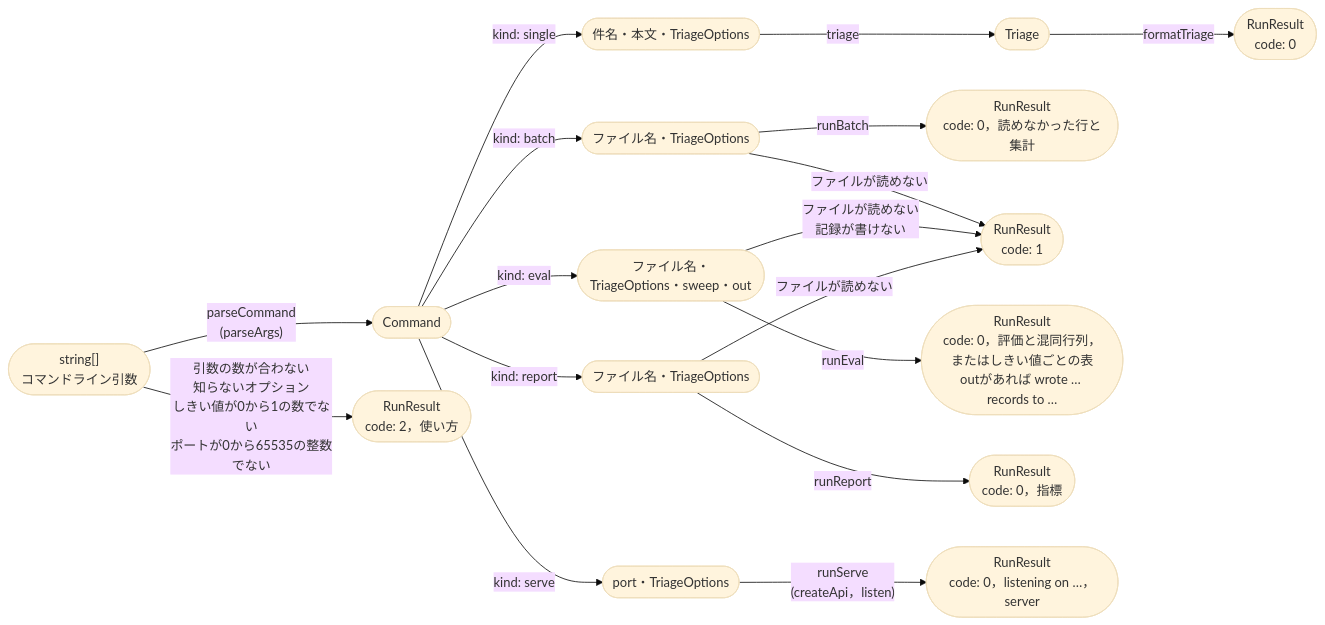
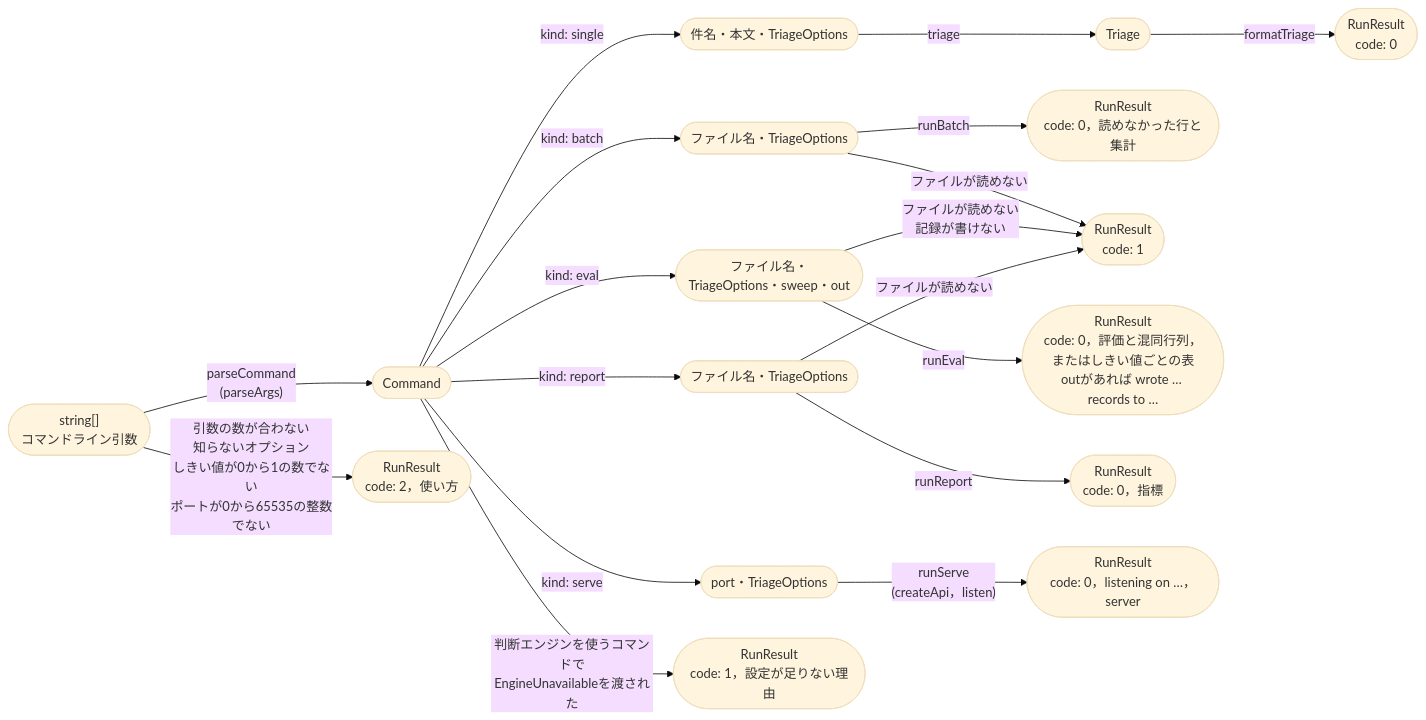
Before and after one commit to enunun/systemone-handson: the second of 9 diagrams in iterations/iteration-9/solution/design/04-code.md, drawn with Mermaid (base theme). The commit also changed other lines of this file and 55 other files, not shown here.

````diff
--- a/iterations/iteration-9/solution/design/04-code.md
+++ b/iterations/iteration-9/solution/design/04-code.md
@@ -24,19 +26,20 @@
 ```mermaid
 flowchart LR
   args(["string[]<br/>コマンドライン引数"]) -- "parseCommand<br/>(parseArgs)" --> command(["Command"])
   command -- "kind: single" --> single(["件名・本文・TriageOptions"])
   single -- "triage" --> result(["Triage"])
   result -- "formatTriage" --> output(["RunResult<br/>code: 0"])
   command -- "kind: batch" --> batch(["ファイル名・TriageOptions"])
   batch -- "runBatch" --> batchOutput(["RunResult<br/>code: 0，読めなかった行と集計"])
   batch -- "ファイルが読めない" --> readError(["RunResult<br/>code: 1"])
   command -- "kind: eval" --> evalCommand(["ファイル名・TriageOptions・sweep・out"])
   evalCommand -- "runEval" --> evalOutput(["RunResult<br/>code: 0，評価と混同行列，またはしきい値ごとの表<br/>outがあれば wrote … records to …"])
   evalCommand -- "ファイルが読めない<br/>記録が書けない" --> readError
   command -- "kind: report" --> reportCommand(["ファイル名・TriageOptions"])
   reportCommand -- "runReport" --> reportOutput(["RunResult<br/>code: 0，指標"])
   reportCommand -- "ファイルが読めない" --> readError
   command -- "kind: serve" --> serve(["port・TriageOptions"])
   serve -- "runServe<br/>(createApi，listen)" --> serveOutput(["RunResult<br/>code: 0，listening on …，server"])
+  command -- "判断エンジンを使うコマンドで<br/>EngineUnavailableを渡された" --> unavailableOutput(["RunResult<br/>code: 1，設定が足りない理由"])
   args -- "引数の数が合わない<br/>知らないオプション<br/>しきい値が0から1の数でない<br/>ポートが0から65535の整数でない" --> usage(["RunResult<br/>code: 2，使い方"])
 ```
````
